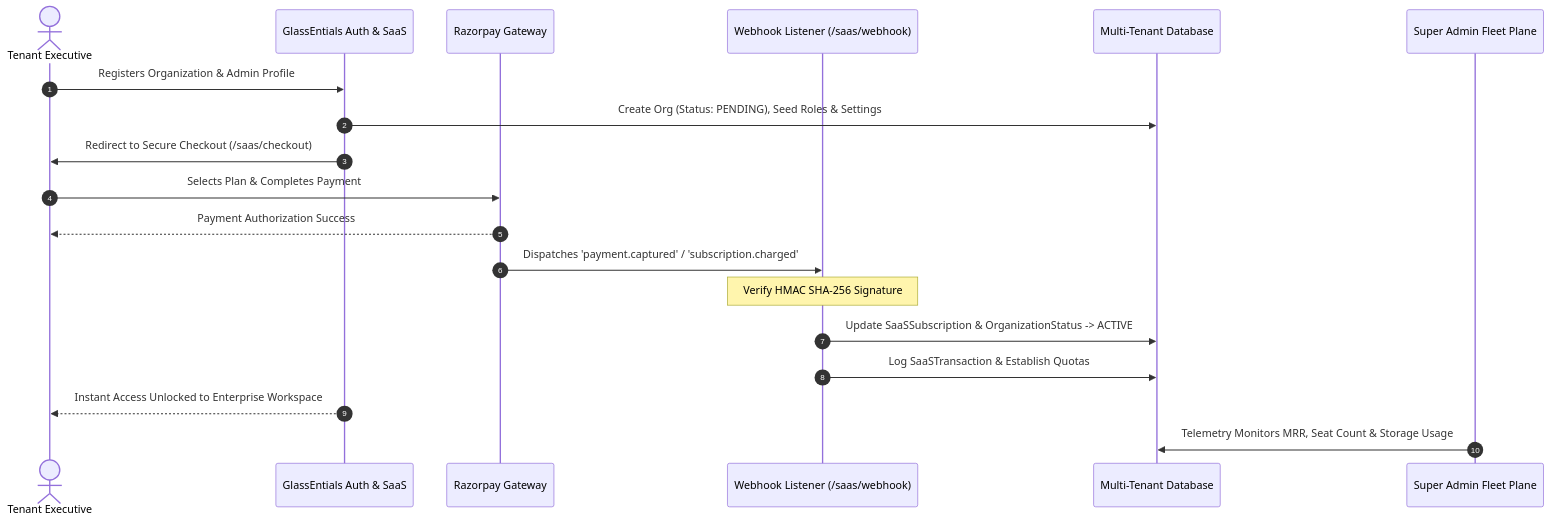
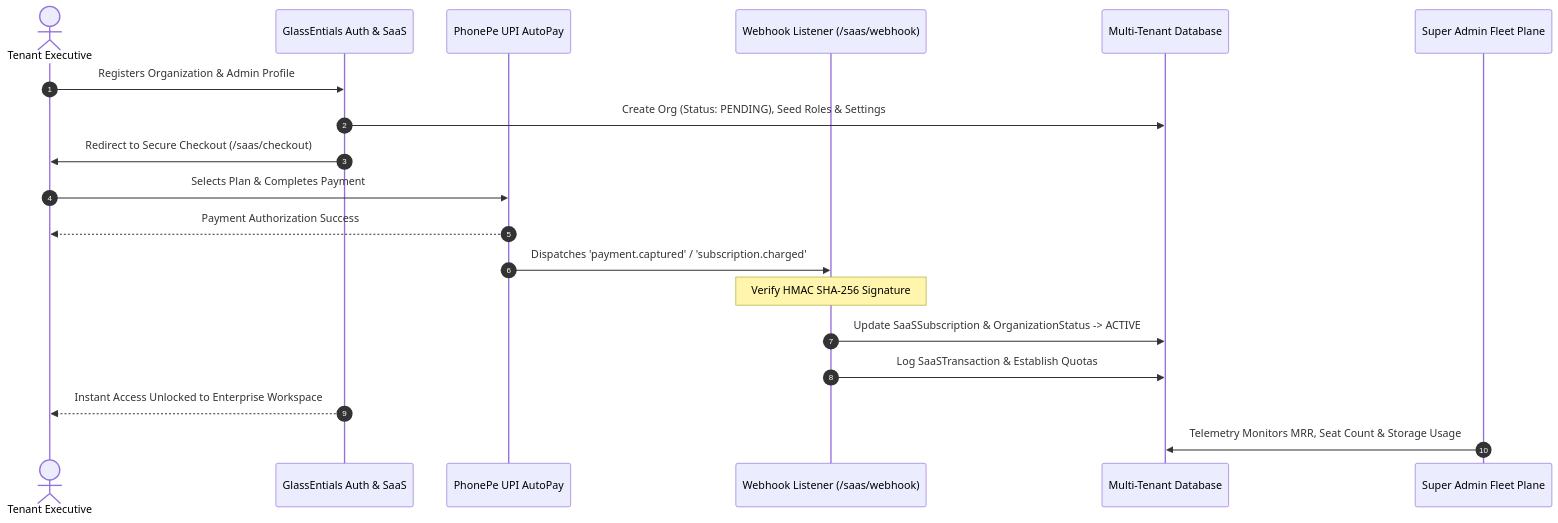
Before and after one commit to Glass-Entials/CRM-Glass-Entials: the second of 9 diagrams in README.md, drawn with Mermaid. The commit also changed other lines of this file and 17 other files, not shown here.

````diff
--- a/README.md
+++ b/README.md
@@ -149,22 +149,22 @@
 ```mermaid
 sequenceDiagram
     autonumber
     actor Tenant as Tenant Executive
     participant Portal as GlassEntials Auth & SaaS
-    participant RZP as Razorpay Gateway
+    participant PPE as PhonePe UPI AutoPay
     participant Webhook as Webhook Listener (/saas/webhook)
     participant DB as Multi-Tenant Database
     participant Admin as Super Admin Fleet Plane
 
     Tenant->>Portal: Registers Organization & Admin Profile
     Portal->>DB: Create Org (Status: PENDING), Seed Roles & Settings
     Portal->>Tenant: Redirect to Secure Checkout (/saas/checkout)
-    Tenant->>RZP: Selects Plan & Completes Payment
-    RZP-->>Tenant: Payment Authorization Success
-    RZP->>Webhook: Dispatches 'payment.captured' / 'subscription.charged'
+    Tenant->>PPE: Selects Plan & Completes Payment
+    PPE-->>Tenant: Payment Authorization Success
+    PPE->>Webhook: Dispatches 'payment.captured' / 'subscription.charged'
     Note over Webhook: Verify HMAC SHA-256 Signature
     Webhook->>DB: Update SaaSSubscription & OrganizationStatus -> ACTIVE
     Webhook->>DB: Log SaaSTransaction & Establish Quotas
     Portal-->>Tenant: Instant Access Unlocked to Enterprise Workspace
     Admin->>DB: Telemetry Monitors MRR, Seat Count & Storage Usage
 ```
````
